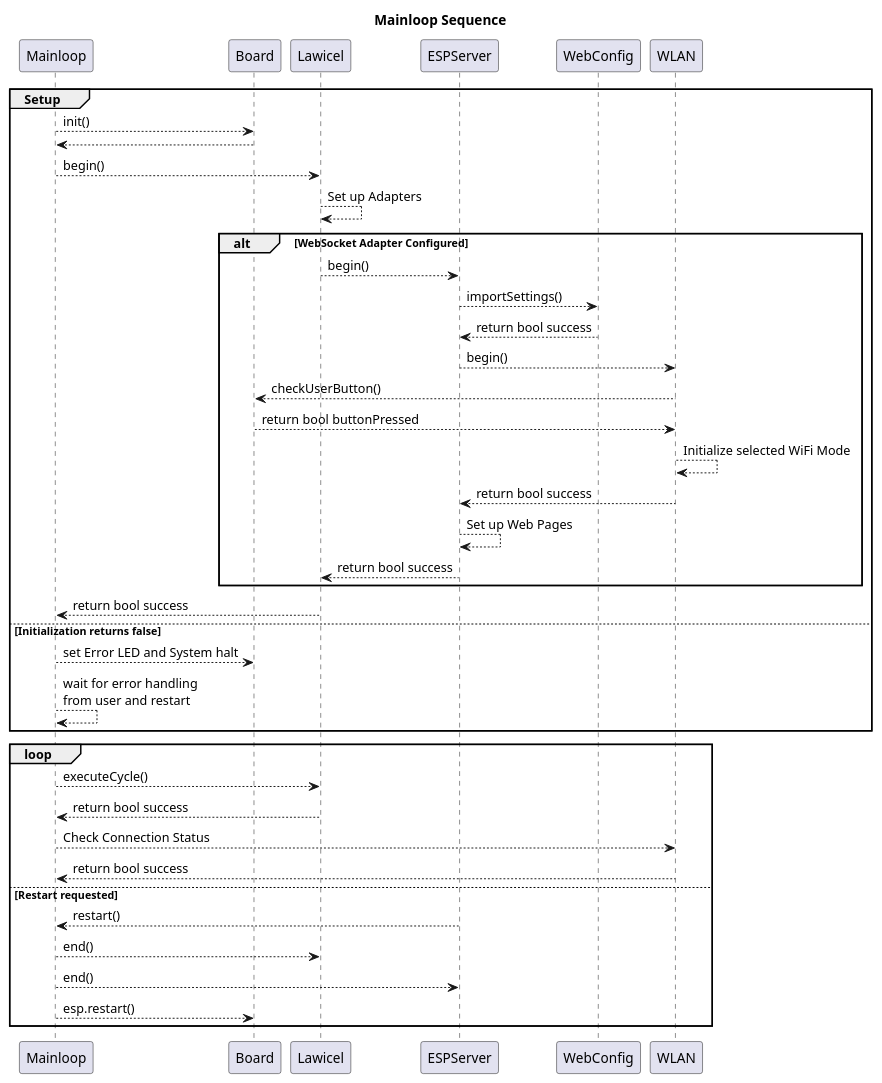
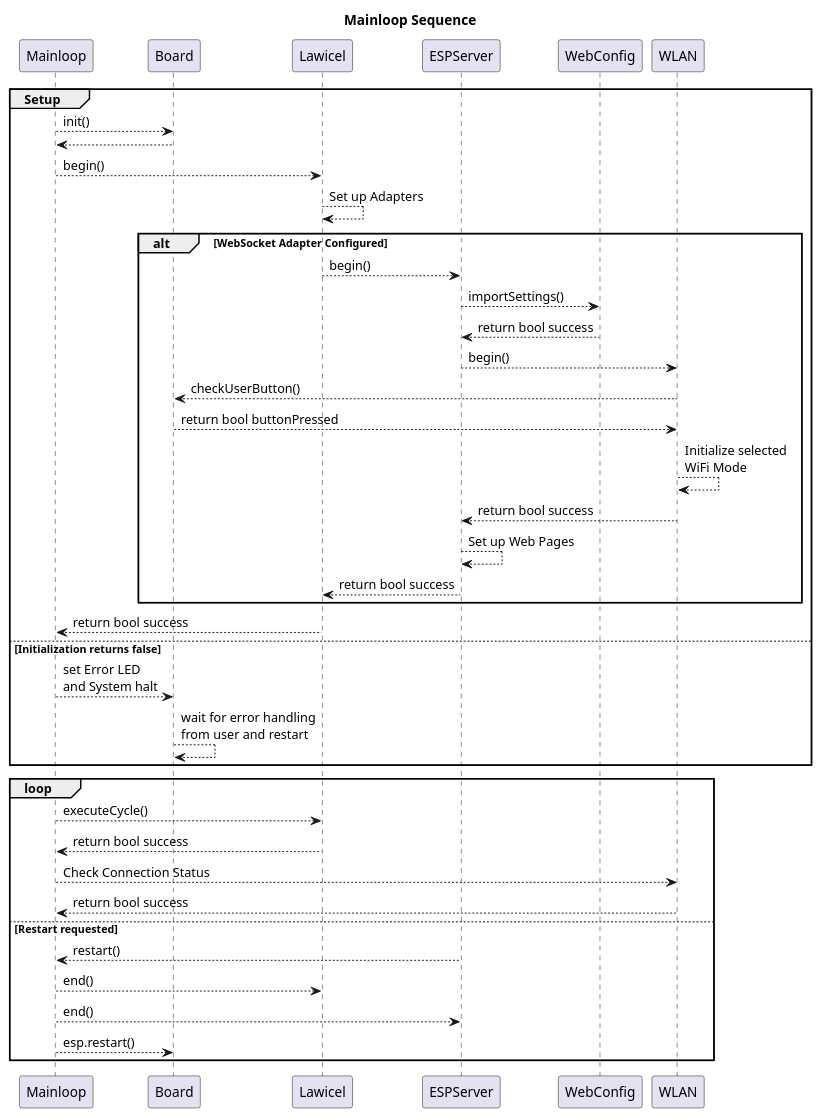
Before and after one commit to NewTec-GmbH/esp32-can-iot: the diagram in Coding/fw/doc/design/Mainloop_Sequence.plantuml, drawn with PlantUML.

Commit message:
Minor visual changes on sequence diagram

```diff
--- a/Coding/fw/doc/design/Mainloop_Sequence.plantuml
+++ b/Coding/fw/doc/design/Mainloop_Sequence.plantuml
@@ -1,46 +1,46 @@
 @startuml
 
 Title Mainloop Sequence
 
 group Setup
     Mainloop --> Board : init()
     Board --> Mainloop
     Mainloop --> Lawicel : begin()
     Lawicel --> Lawicel : Set up Adapters
 
     alt WebSocket Adapter Configured
         Lawicel --> ESPServer : begin()
         ESPServer --> WebConfig : importSettings()
         WebConfig --> ESPServer : return bool success
         ESPServer --> WLAN : begin()
         WLAN --> Board : checkUserButton()
         Board --> WLAN : return bool buttonPressed
-        WLAN --> WLAN : Initialize selected WiFi Mode
+        WLAN --> WLAN : Initialize selected \nWiFi Mode
         WLAN --> ESPServer : return bool success
         ESPServer --> ESPServer : Set up Web Pages
         ESPServer --> Lawicel : return bool success
     end
 
     Lawicel --> Mainloop : return bool success
 
     else Initialization returns false
 
-    Mainloop --> Board : set Error LED and System halt
-    Mainloop --> Mainloop : wait for error handling\nfrom user and restart
+    Mainloop --> Board : set Error LED \nand System halt
+    Board --> Board : wait for error handling\nfrom user and restart
 end
 
 group loop
     Mainloop --> Lawicel : executeCycle()
     Lawicel --> Mainloop : return bool success
 
     Mainloop --> WLAN : Check Connection Status
     WLAN --> Mainloop : return bool success
 
     else Restart requested
     ESPServer --> Mainloop : restart()
     Mainloop --> Lawicel : end()
     Mainloop --> ESPServer : end()
     Mainloop --> Board : esp.restart()
 end
 
 @enduml
```
